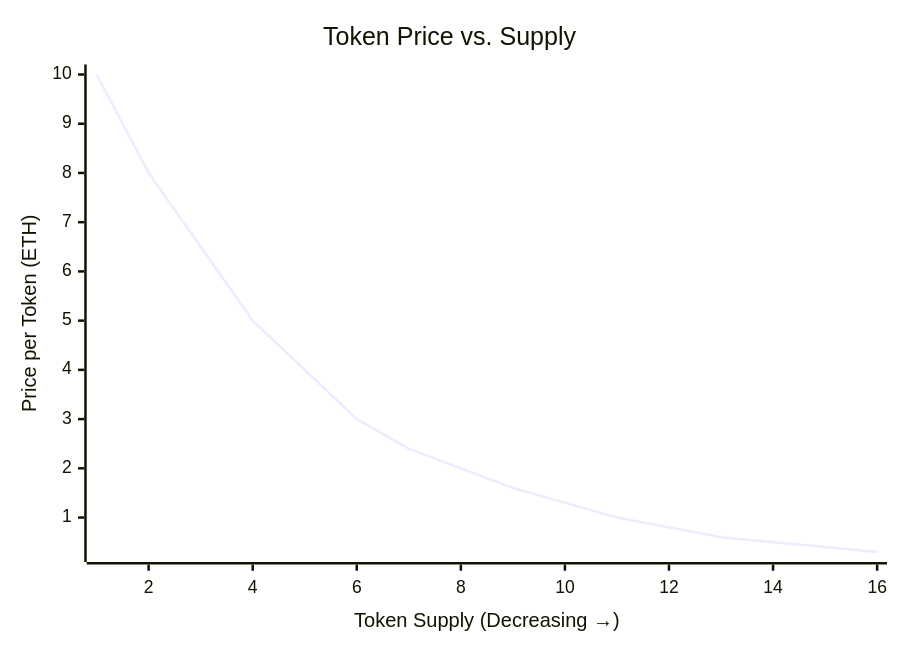
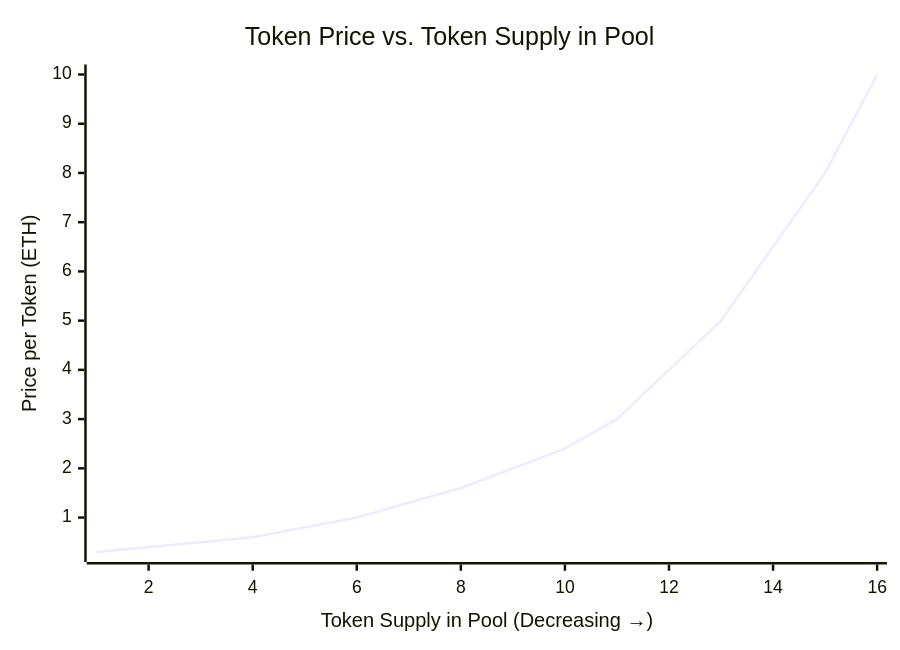
The fourth of 5 diagrams in BONDINGCURVE.md (4rjunc/solidity-amm), drawn with Mermaid before and after one commit.

Commit message:
fix the price curve visualization

````diff
--- a/BONDINGCURVE.md
+++ b/BONDINGCURVE.md
@@ -91,7 +91,7 @@
 ```mermaid
 xychart-beta
-    title "Token Price vs. Supply"
-    x-axis "Token Supply (Decreasing →)"
+    title "Token Price vs. Token Supply in Pool"
+    x-axis "Token Supply in Pool (Decreasing →)"
     y-axis "Price per Token (ETH)"
-    line [10, 8, 6.5, 5, 4, 3, 2.4, 2, 1.6, 1.3, 1, 0.8, 0.6, 0.5, 0.4, 0.3]
+    line [0.3, 0.4, 0.5, 0.6, 0.8, 1.0, 1.3, 1.6, 2.0, 2.4, 3.0, 4.0, 5.0, 6.5, 8.0, 10.0]
 ```
````
